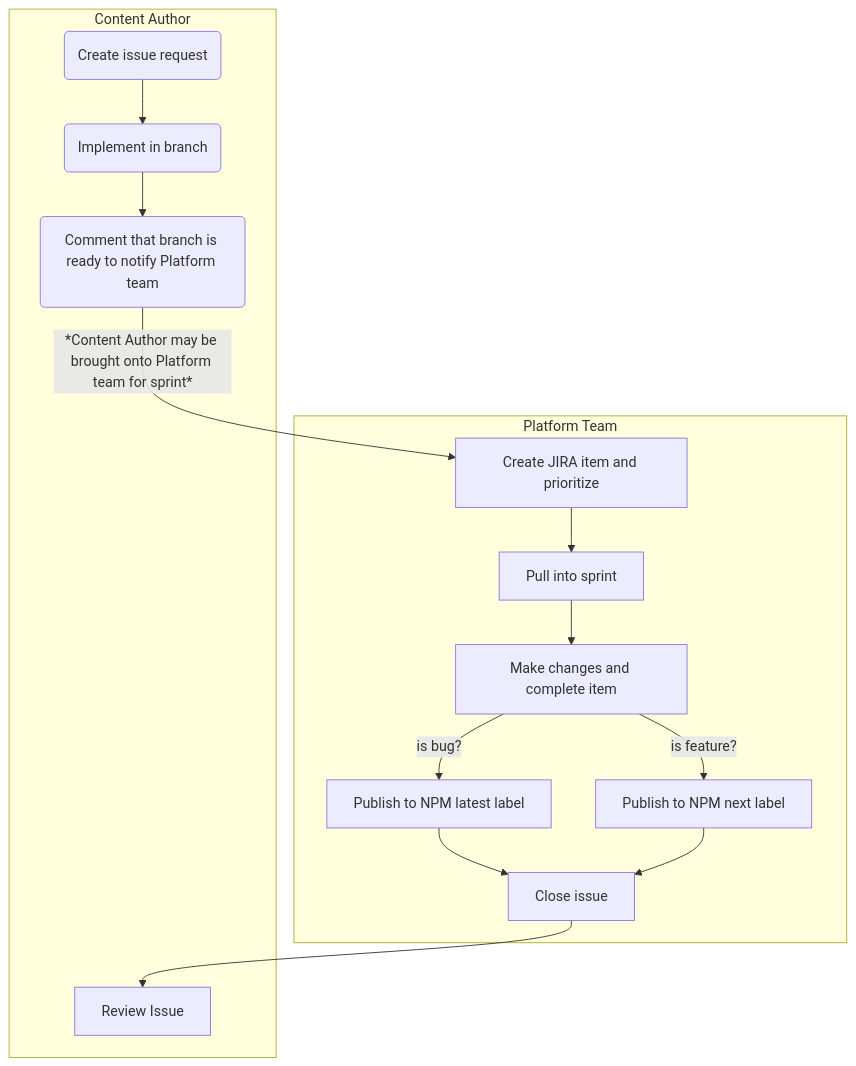
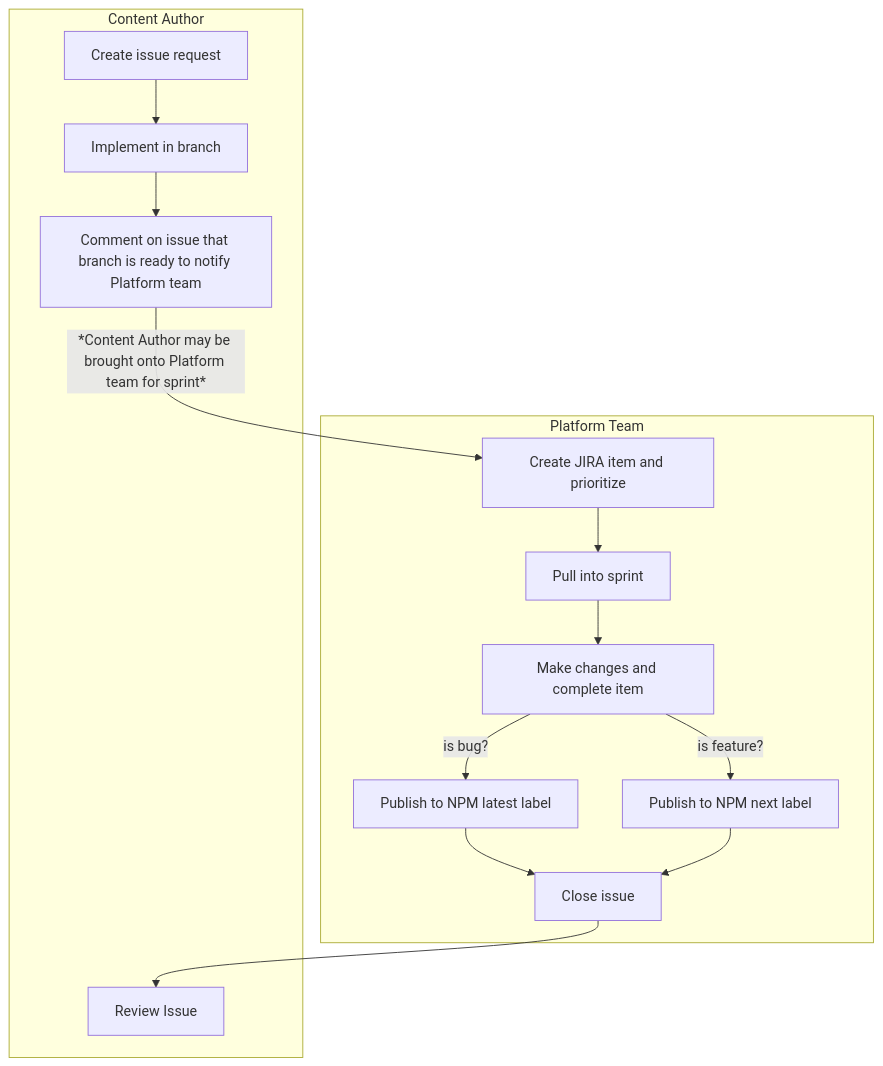
Before and after one commit to GovAlta/ui-components: the diagram in contributing.md, drawn with Mermaid.

````diff
--- a/contributing.md
+++ b/contributing.md
@@ -9,20 +9,20 @@
 ```mermaid
 graph TD
 subgraph Content Author
-	1(Create issue request) --> 2(Implement in branch)
-	2 --> 3(Comment that branch is ready to notify Platform team)
+	1[Create issue request] --> 2[Implement in branch]
+	2 --> 3[Comment on issue that branch is ready to notify Platform team]
   4[Review Issue]
 end
 subgraph Platform Team
 3 --> |*Content Author may be brought onto Platform team for sprint*| A
 A[Create JIRA item and prioritize] --> B[Pull into sprint]
 B --> C[Make changes and complete item]
 C --> |is feature?| D[Publish to NPM next label]
 C --> |is bug?| E[Publish to NPM latest label]
 E --> F[Close issue]
 D --> F
 F --> 4
 end
 
 
 ```
````
